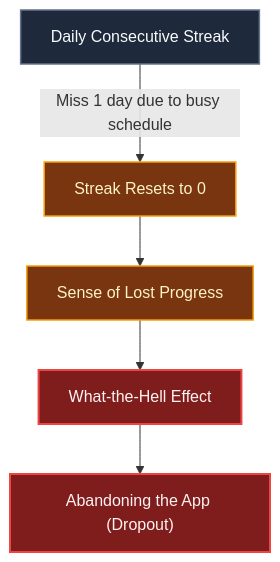
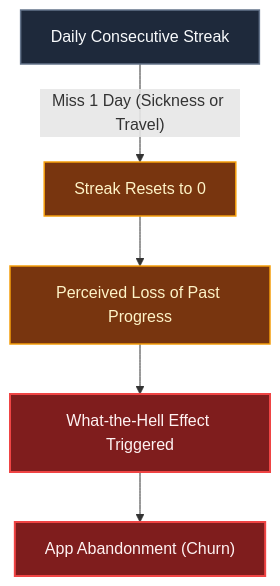
The first of 3 diagrams in docs/logic-milestone-retention.md (ScriptureHabit/scripture-habit), drawn with Mermaid before and after one commit. The commit also changed other lines of this file and 57 other files, not shown here.

Commit message:
docs: refine documentation prose and add structured diagram breakdowns across JA and EN

````diff
--- a/docs/logic-milestone-retention.md
+++ b/docs/logic-milestone-retention.md
@@ -13,11 +11,11 @@
 ```mermaid
 flowchart TD
     classDef default fill:#1e293b,stroke:#64748b,stroke-width:1.5px,color:#f8fafc;
     classDef warn fill:#78350f,stroke:#f59e0b,stroke-width:1.5px,color:#fef3c7;
     classDef danger fill:#7f1d1d,stroke:#ef4444,stroke-width:2px,color:#fef2f2;
 
-    A["Daily Consecutive Streak"]:::default -->|"Miss 1 day due to busy schedule"| B["Streak Resets to 0"]:::warn
-    B --> C["Sense of Lost Progress"]:::warn
-    C --> D["What-the-Hell Effect"]:::danger
-    D --> E["Abandoning the App (Dropout)"]:::danger
+    A["Daily Consecutive Streak"]:::default -->|"Miss 1 Day (Sickness or Travel)"| B["Streak Resets to 0"]:::warn
+    B --> C["Perceived Loss of Past Progress"]:::warn
+    C --> D["What-the-Hell Effect Triggered"]:::danger
+    D --> E["App Abandonment (Churn)"]:::danger
 ```
````
